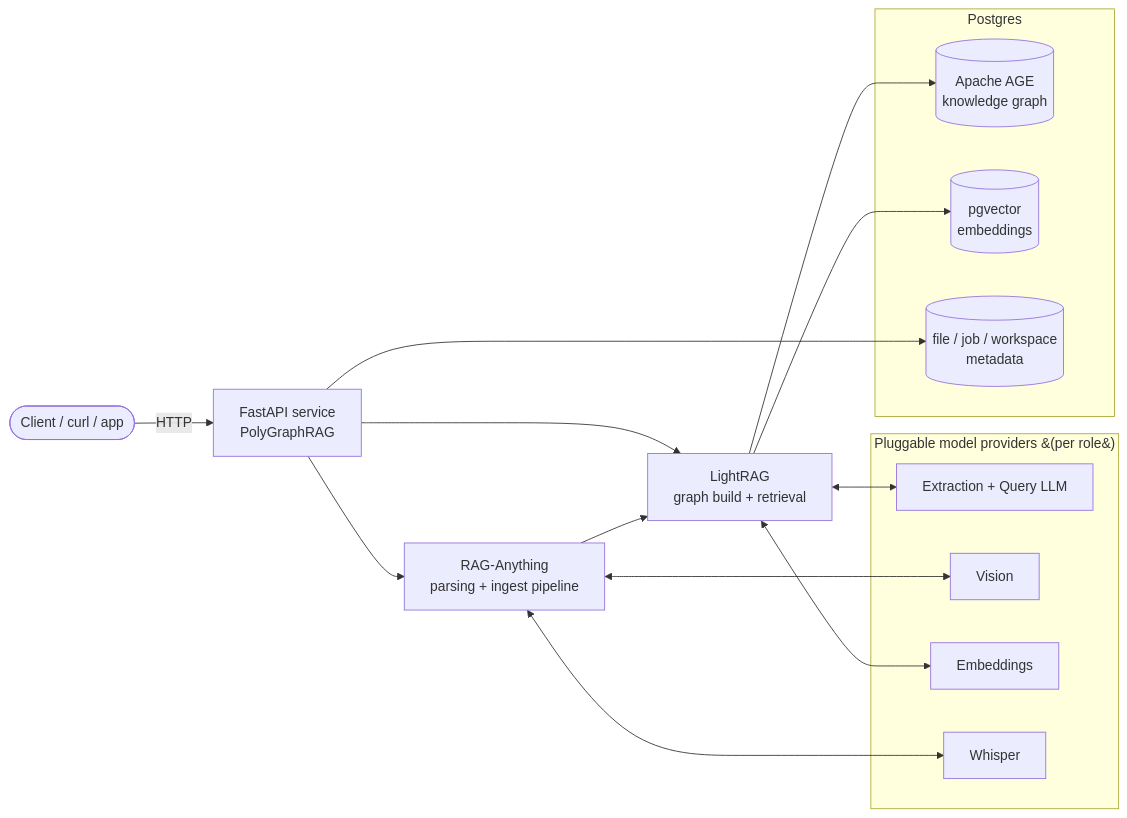
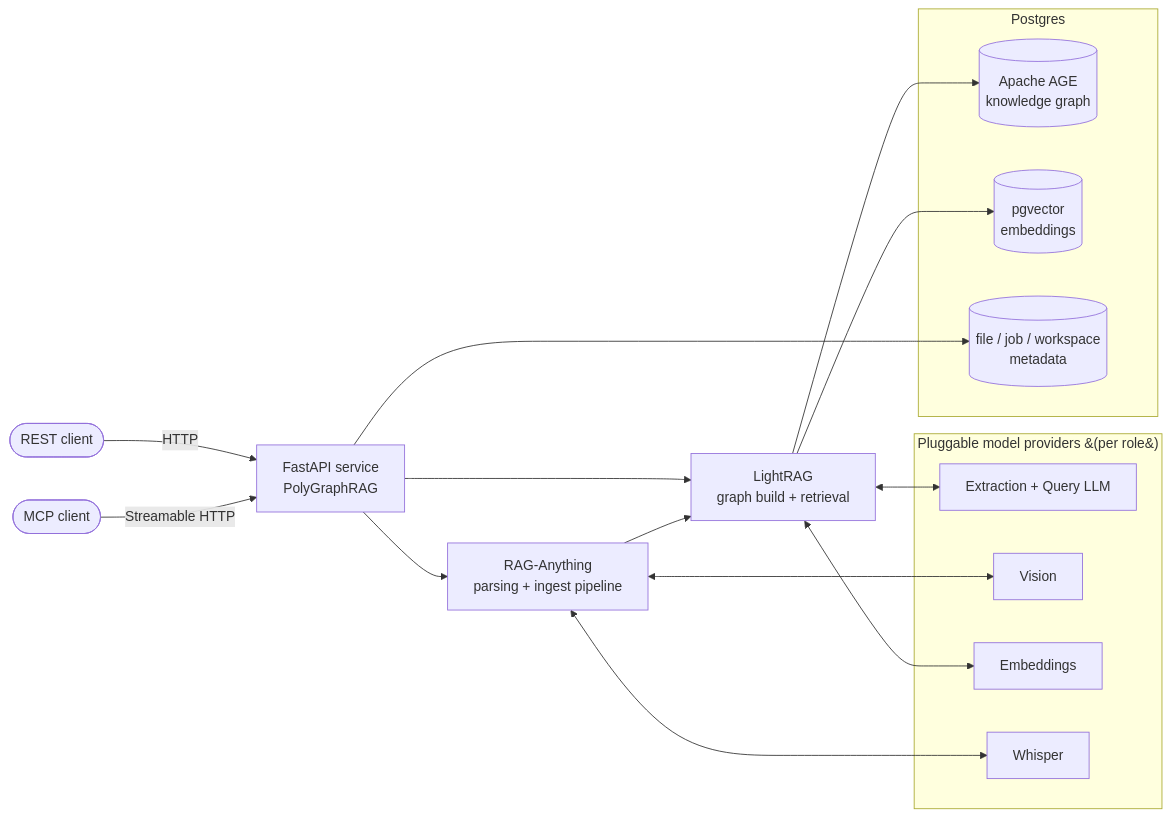
The diagram in README.md (oleksandr-kushnir/polygraphrag), drawn with Mermaid before and after one commit. The commit also changed other lines of this file and 40 other files, not shown here.

Commit message:
Add MCP tools and editable workspace graphs

````diff
--- a/README.md
+++ b/README.md
@@ -70,28 +76,29 @@
 ```mermaid
 flowchart LR
-    client([Client / curl / app]) -->|HTTP| api[FastAPI service<br/>PolyGraphRAG]
+    client([REST client]) -->|HTTP| api[FastAPI service<br/>PolyGraphRAG]
+    agent([MCP client]) -->|Streamable HTTP| api
 
     subgraph providers[Pluggable model providers &#40;per role&#41;]
       llm[Extraction + Query LLM]
       vis[Vision]
       emb[Embeddings]
       whis[Whisper]
     end
 
     api --> raga[RAG-Anything<br/>parsing + ingest pipeline]
     api --> lr[LightRAG<br/>graph build + retrieval]
     raga --> lr
     lr <--> llm
     raga <--> vis
     lr <--> emb
     raga <--> whis
 
     subgraph pg[Postgres]
       age[(Apache AGE<br/>knowledge graph)]
       vec[(pgvector<br/>embeddings)]
       meta[(file / job / workspace<br/>metadata)]
     end
     lr --> age
     lr --> vec
     api --> meta
 ```
````
